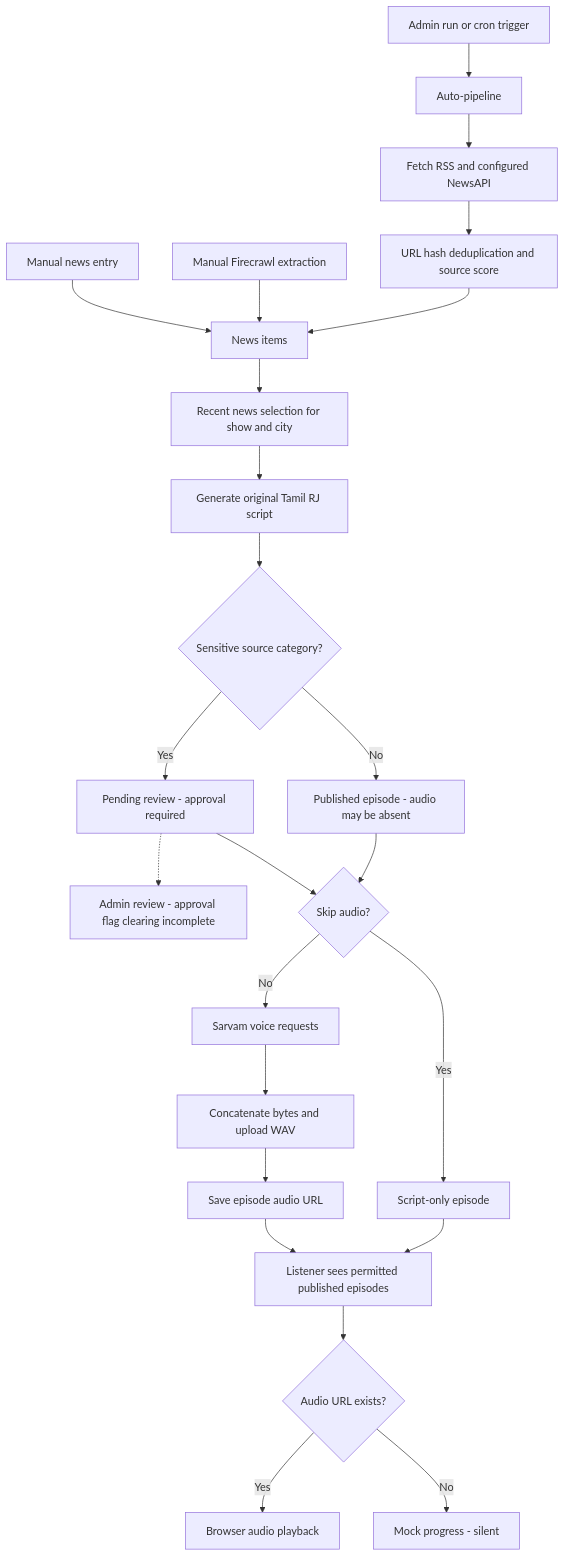
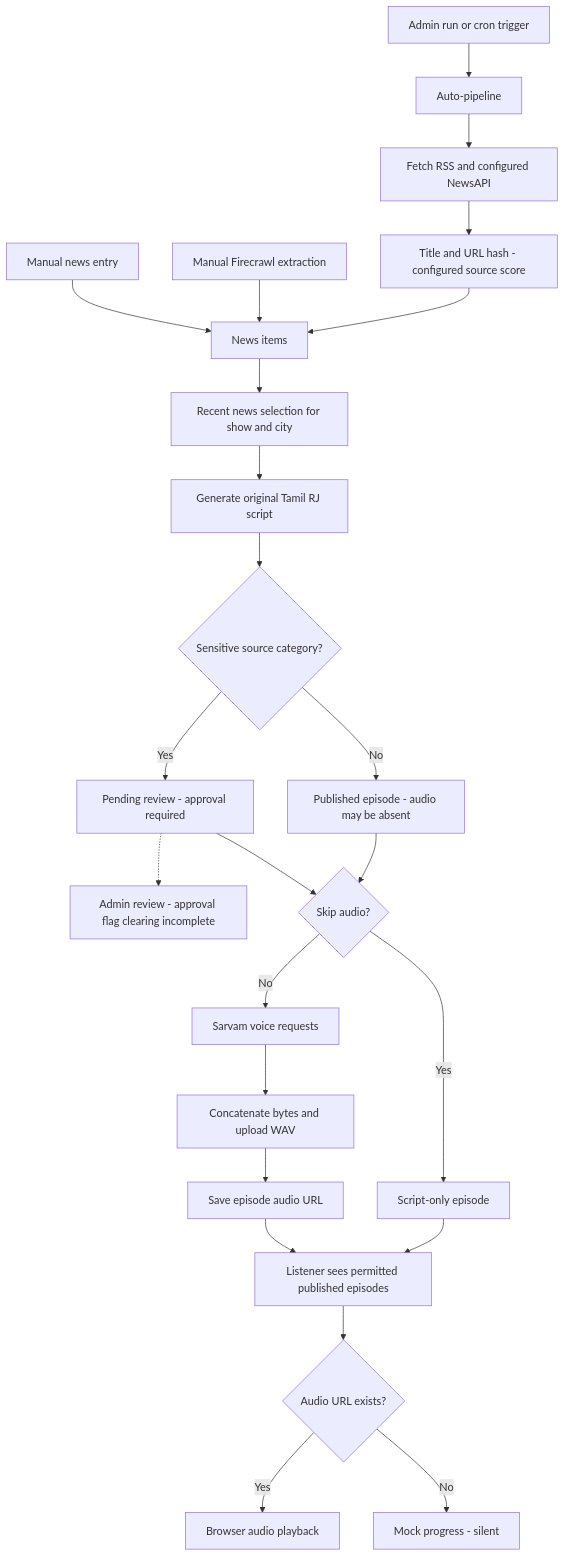
The diagram in docs/diagrams/current-pipeline.mmd (darkknighlearner-source/tamil-ai-kadhai), drawn with Mermaid before and after one commit. The commit also changed 4 other files, not shown here.

```diff
--- a/docs/diagrams/current-pipeline.mmd
+++ b/docs/diagrams/current-pipeline.mmd
@@ -1,24 +1,24 @@
 flowchart TD
   A[Admin run or cron trigger] --> B[Auto-pipeline]
   B --> C[Fetch RSS and configured NewsAPI]
   M[Manual news entry] --> D[News items]
   F[Manual Firecrawl extraction] --> D
-  C --> H[URL hash deduplication and source score]
+  C --> H[Title and URL hash - configured source score]
   H --> D
   D --> E[Recent news selection for show and city]
   E --> G[Generate original Tamil RJ script]
   G --> S{Sensitive source category?}
   S -->|Yes| P[Pending review - approval required]
   S -->|No| Q[Published episode - audio may be absent]
   P -.-> R[Admin review - approval flag clearing incomplete]
   P --> T{Skip audio?}
   Q --> T
   T -->|No| V[Sarvam voice requests]
   V --> W[Concatenate bytes and upload WAV]
   W --> X[Save episode audio URL]
   T -->|Yes| Y[Script-only episode]
   X --> L[Listener sees permitted published episodes]
   Y --> L
   L --> Z{Audio URL exists?}
   Z -->|Yes| AA[Browser audio playback]
   Z -->|No| AB[Mock progress - silent]
```
